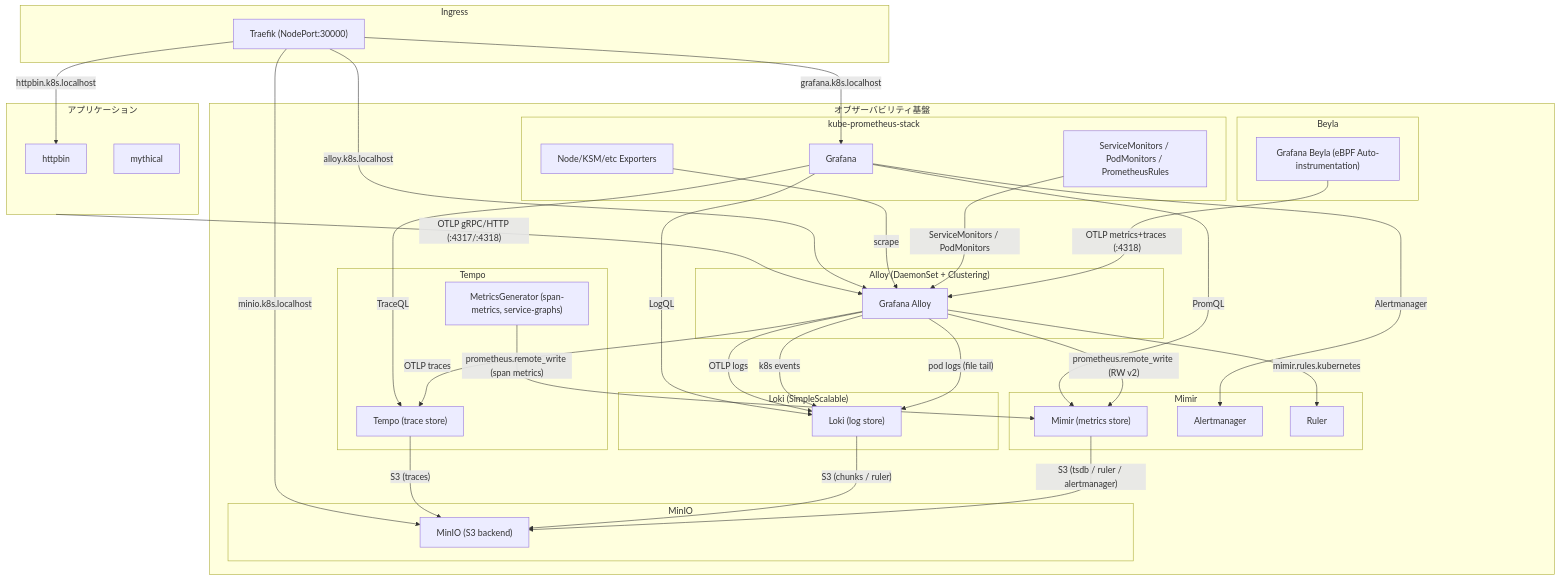
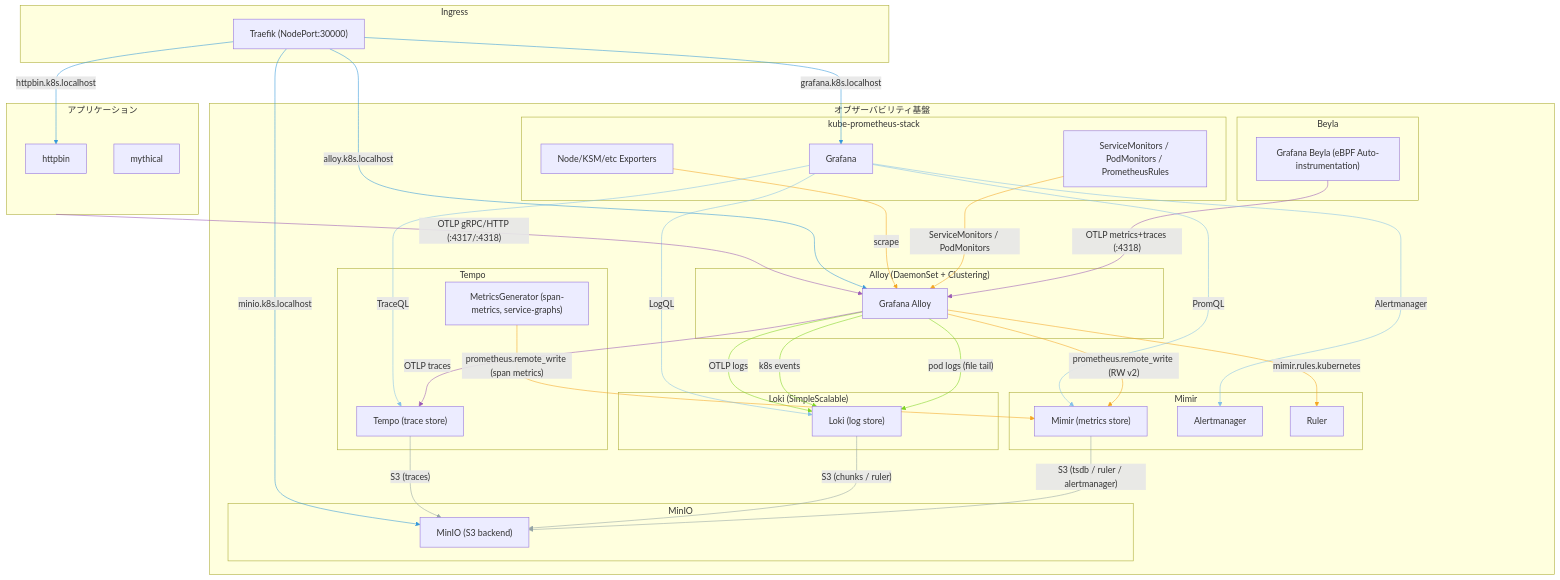
The diagram in k8s/alloy-kube-prom-stack/README.md (buzztaiki/sandbox), drawn with Mermaid before and after one commit.

Commit message:
use edge IDs and classDef for diagram link colors

````diff
--- a/k8s/alloy-kube-prom-stack/README.md
+++ b/k8s/alloy-kube-prom-stack/README.md
@@ -76,44 +76,58 @@
     end
 
     %% eBPF instrumentation
-    beyla -->|"OTLP metrics+traces (:4318)"| alloy
+    beyla t1@-->|"OTLP metrics+traces (:4318)"| alloy
 
     %% App traces via OTel SDK
-    apps -->|"OTLP gRPC/HTTP (:4317/:4318)"| alloy
+    apps t2@-->|"OTLP gRPC/HTTP (:4317/:4318)"| alloy
 
     %% Alloy -> metrics
-    alloy -->|"prometheus.remote_write (RW v2)"| mimir
-    alloy -->|"mimir.rules.kubernetes"| mimir_ruler
+    alloy m1@-->|"prometheus.remote_write (RW v2)"| mimir
+    alloy m2@-->|"mimir.rules.kubernetes"| mimir_ruler
 
     %% Alloy scrape via CRDs
-    kube_sm -->|"ServiceMonitors / PodMonitors"| alloy
-    exporters -->|"scrape"| alloy
+    kube_sm m3@-->|"ServiceMonitors / PodMonitors"| alloy
+    exporters m4@-->|"scrape"| alloy
 
     %% Alloy -> logs
-    alloy -->|"pod logs (file tail)"| loki
-    alloy -->|"k8s events"| loki
-    alloy -->|"OTLP logs"| loki
+    alloy l1@-->|"pod logs (file tail)"| loki
+    alloy l2@-->|"k8s events"| loki
+    alloy l3@-->|"OTLP logs"| loki
 
     %% Alloy -> traces
-    alloy -->|"OTLP traces"| tempo
+    alloy t3@-->|"OTLP traces"| tempo
 
     %% Tempo MetricsGenerator -> Mimir
-    tempo_mg -->|"prometheus.remote_write (span metrics)"| mimir
+    tempo_mg m5@-->|"prometheus.remote_write (span metrics)"| mimir
 
     %% Storage backends
-    mimir -->|"S3 (tsdb / ruler / alertmanager)"| minio
-    loki  -->|"S3 (chunks / ruler)"| minio
-    tempo -->|"S3 (traces)"| minio
+    mimir s1@-->|"S3 (tsdb / ruler / alertmanager)"| minio
+    loki  s2@-->|"S3 (chunks / ruler)"| minio
+    tempo s3@-->|"S3 (traces)"| minio
 
     %% Grafana datasources
-    grafana -->|"PromQL"| mimir
-    grafana -->|"LogQL"| loki
-    grafana -->|"TraceQL"| tempo
-    grafana -->|"Alertmanager"| mimir_am
+    grafana r1@-->|"PromQL"| mimir
+    grafana r2@-->|"LogQL"| loki
+    grafana r3@-->|"TraceQL"| tempo
+    grafana r4@-->|"Alertmanager"| mimir_am
 
     %% Ingress
-    traefik -->|"grafana.k8s.localhost"| grafana
-    traefik -->|"alloy.k8s.localhost"| alloy
-    traefik -->|"minio.k8s.localhost"| minio
-    traefik -->|"httpbin.k8s.localhost"| httpbin
+    traefik i1@-->|"grafana.k8s.localhost"| grafana
+    traefik i2@-->|"alloy.k8s.localhost"| alloy
+    traefik i3@-->|"minio.k8s.localhost"| minio
+    traefik i4@-->|"httpbin.k8s.localhost"| httpbin
+
+    classDef traces stroke:#9b59b6
+    classDef metrics stroke:#f5a623
+    classDef logs stroke:#7ed321
+    classDef storage stroke:#95a5a6
+    classDef read stroke:#85c1e9
+    classDef ingress stroke:#3498db
+
+    class t1,t2,t3 traces
+    class m1,m2,m3,m4,m5 metrics
+    class l1,l2,l3 logs
+    class s1,s2,s3 storage
+    class r1,r2,r3,r4 read
+    class i1,i2,i3,i4 ingress
 ```
````
